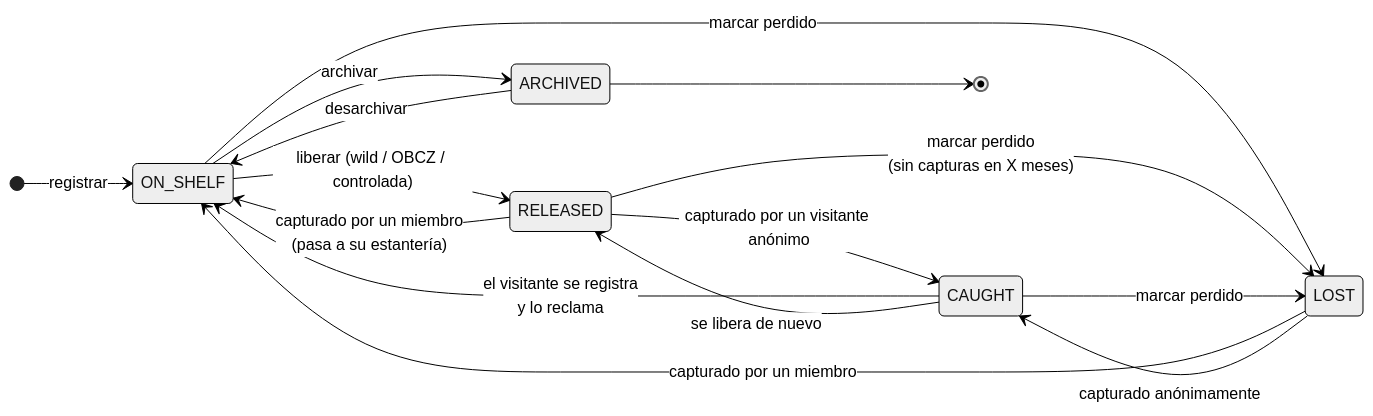
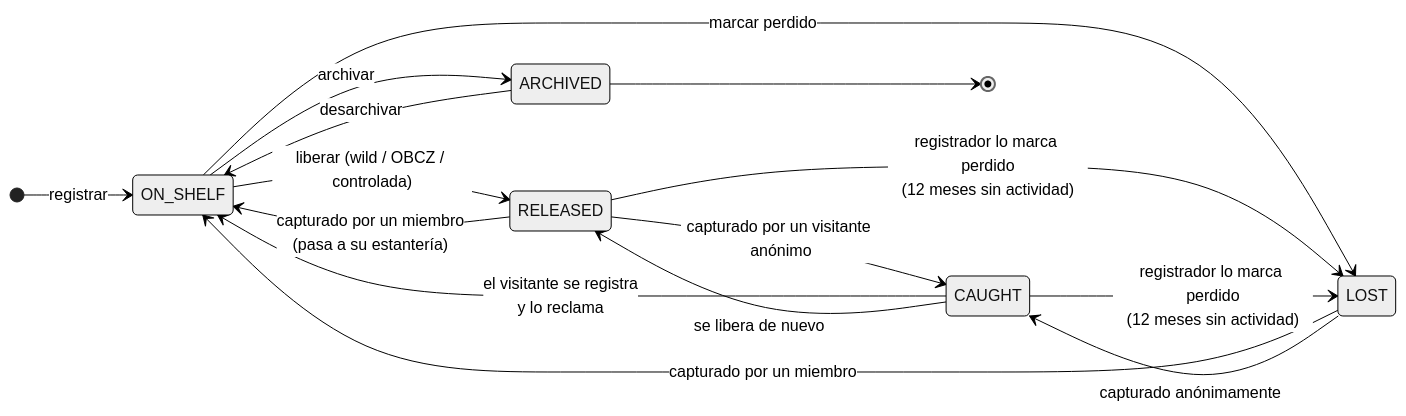
One commit to zStrikke/zBooks changed the diagram in docs/diagramas/03-estados-ejemplar.md. Above: the diagram before and after it, drawn with Mermaid (neutral theme). The commit also changed other lines of this file and 1 other file, not shown here.

First line of the commit message:
docs: reglas para marcar un libro como perdido

````diff
--- a/docs/diagramas/03-estados-ejemplar.md
+++ b/docs/diagramas/03-estados-ejemplar.md
@@ -3,23 +3,23 @@
 ```mermaid
 stateDiagram-v2
     direction LR
     [*] --> ON_SHELF : registrar
 
     ON_SHELF --> RELEASED : liberar (wild / OBCZ / controlada)
     ON_SHELF --> ARCHIVED : archivar
     ON_SHELF --> LOST : marcar perdido
 
     RELEASED --> ON_SHELF : capturado por un miembro<br/>(pasa a su estantería)
     RELEASED --> CAUGHT : capturado por un visitante anónimo
-    RELEASED --> LOST : marcar perdido<br/>(sin capturas en X meses)
+    RELEASED --> LOST : registrador lo marca perdido<br/>(12 meses sin actividad)
 
     CAUGHT --> ON_SHELF : el visitante se registra<br/>y lo reclama
     CAUGHT --> RELEASED : se libera de nuevo
-    CAUGHT --> LOST : marcar perdido
+    CAUGHT --> LOST : registrador lo marca perdido<br/>(12 meses sin actividad)
 
     LOST --> ON_SHELF : capturado por un miembro
     LOST --> CAUGHT : capturado anónimamente
 
     ARCHIVED --> ON_SHELF : desarchivar
     ARCHIVED --> [*]
 ```
````
